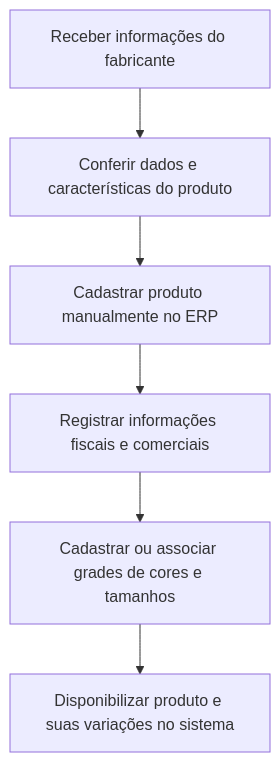
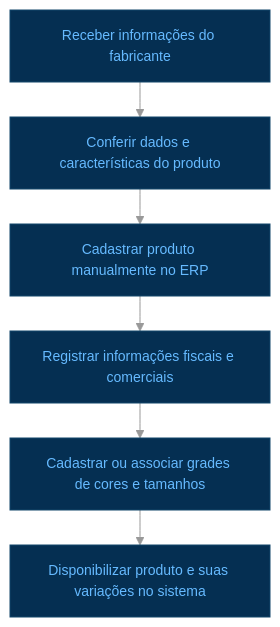
Before and after one commit to SamanthaPaula/Modelagem_BD_Ansarah: the first of 16 diagrams in README.md, drawn with Mermaid.

````diff
--- a/README.md
+++ b/README.md
@@ -102,11 +102,11 @@
 ```mermaid
-
+%%{init: {"flowchart": {"htmlLabels": true, "useMaxWidth": false, "nodeSpacing": 35, "rankSpacing": 35}, "theme": "base", "themeVariables": {"background": "#0d1117", "primaryColor": "#052f52", "primaryTextColor": "#66baff", "primaryBorderColor": "#12466b", "lineColor": "#999999", "fontFamily": "Arial", "fontSize": "14px"}}}%%
 flowchart TD
     A["Receber informações do fabricante"] --> B["Conferir dados e características do produto"]
     B --> C["Cadastrar produto manualmente no ERP"]
     C --> D["Registrar informações fiscais e comerciais"]
     D --> E["Cadastrar ou associar grades de cores e tamanhos"]
     E --> F["Disponibilizar produto e suas variações no sistema"]
 
 
 ```
````
